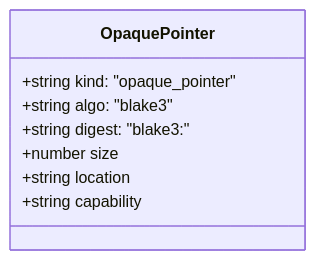
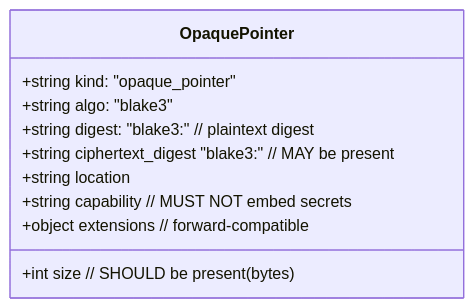
One commit to flyingrobots/gatos changed the second of 4 diagrams in docs/decisions/ADR-0004/DECISION.md. Above: the diagram before and after it, drawn with Mermaid. The commit also changed other lines of this file and 13 other files, not shown here.

````diff
--- a/docs/decisions/ADR-0004/DECISION.md
+++ b/docs/decisions/ADR-0004/DECISION.md
@@ -90,11 +90,13 @@
 ```mermaid
 classDiagram
     class OpaquePointer {
         +string kind: "opaque_pointer"
         +string algo: "blake3"
-        +string digest: "blake3:<hex>"
-        +number size
+        +string digest: "blake3:<hex>"            // plaintext digest
+        +string ciphertext_digest "blake3:<hex>"  // MAY be present
+        +int    size                                // SHOULD be present (bytes)
         +string location
-        +string capability
+        +string capability                          // MUST NOT embed secrets
+        +object extensions                          // forward-compatible
     }
 ```
````
